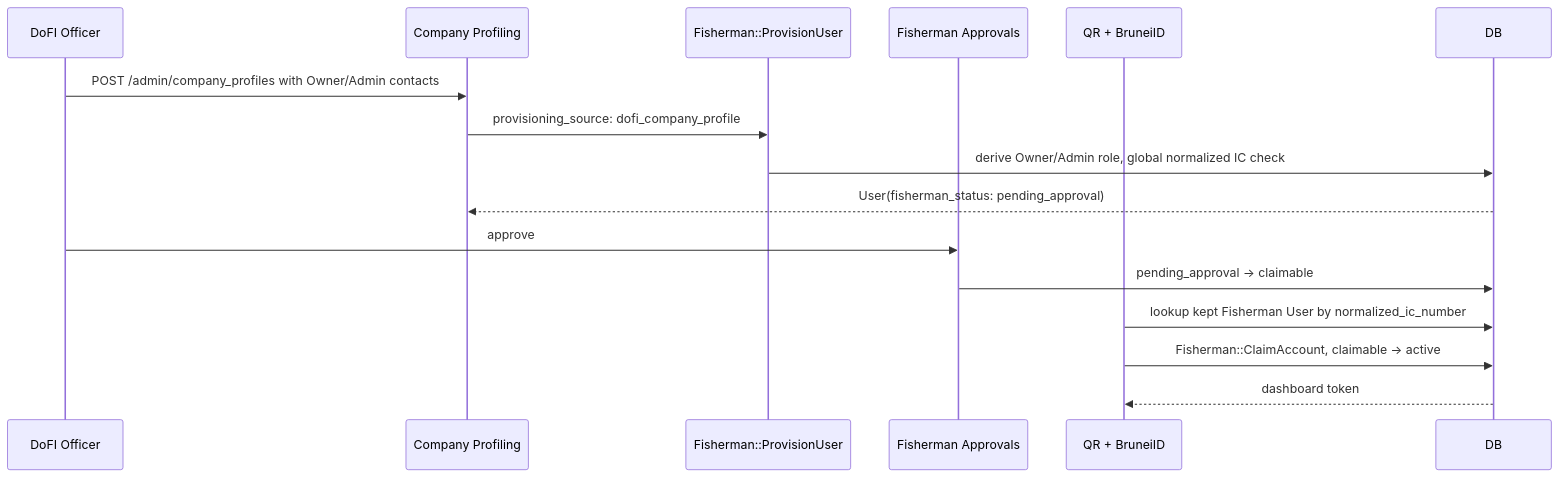
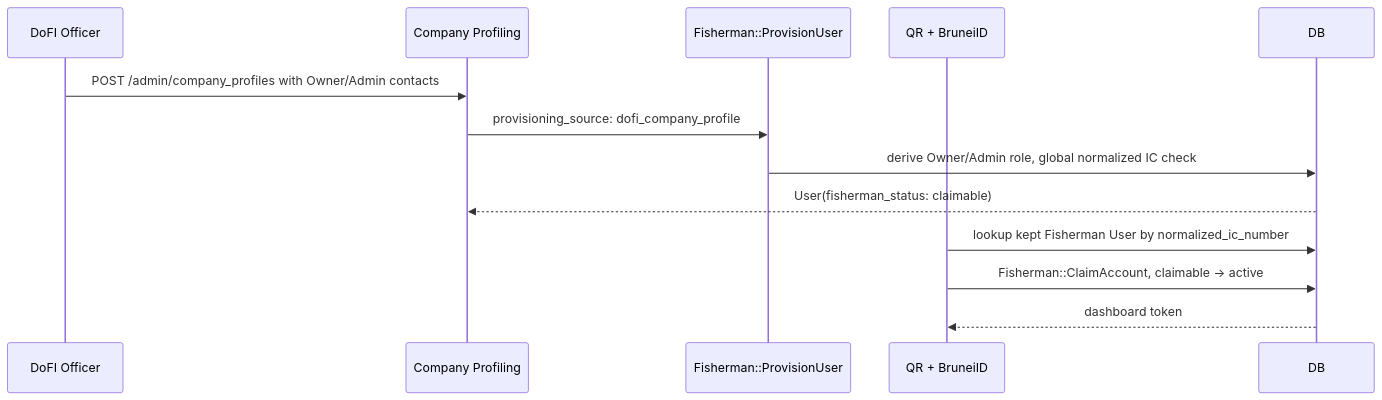
Before and after one commit to arya020595/st_dofi_backend: the fifth of 10 diagrams in docs/rbac/platform-company-isolation.md, drawn with Mermaid. The commit also changed other lines of this file and 77 other files, not shown here.

First line of the commit message:
refactor: remove FINS Approval and external-user self-registration

````diff
--- a/docs/rbac/platform-company-isolation.md
+++ b/docs/rbac/platform-company-isolation.md
@@ -622,19 +622,16 @@
 ```mermaid
 sequenceDiagram
     participant Officer as DoFI Officer
     participant Profile as Company Profiling
     participant Provision as Fisherman::ProvisionUser
-    participant Approval as Fisherman Approvals
     participant BID as QR + BruneiID
     participant DB
 
     Officer->>Profile: POST /admin/company_profiles with Owner/Admin contacts
     Profile->>Provision: provisioning_source: dofi_company_profile
     Provision->>DB: derive Owner/Admin role, global normalized IC check
-    DB-->>Profile: User(fisherman_status: pending_approval)
-    Officer->>Approval: approve
-    Approval->>DB: pending_approval -> claimable
+    DB-->>Profile: User(fisherman_status: claimable)
     BID->>DB: lookup kept Fisherman User by normalized_ic_number
     BID->>DB: Fisherman::ClaimAccount, claimable -> active
     DB-->>BID: dashboard token
 ```
````
